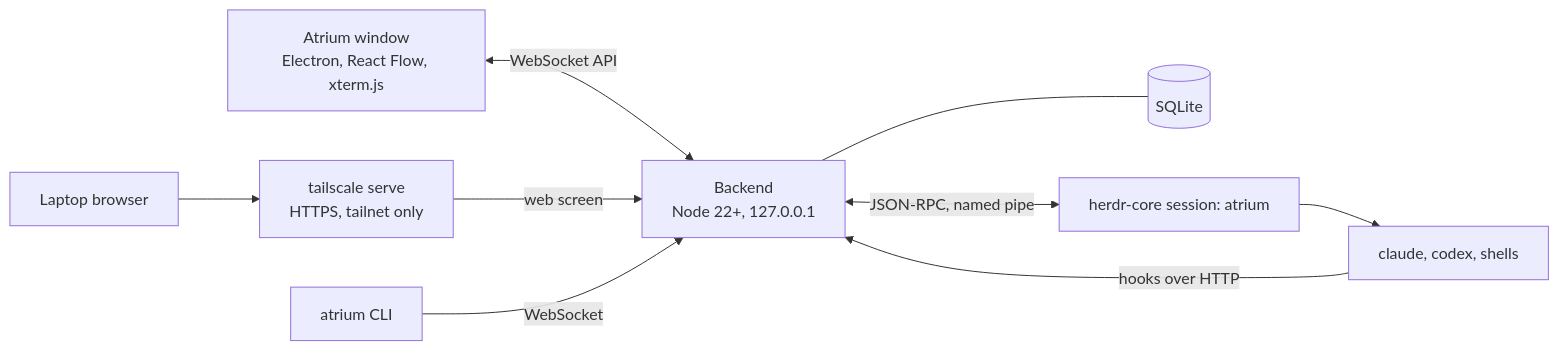
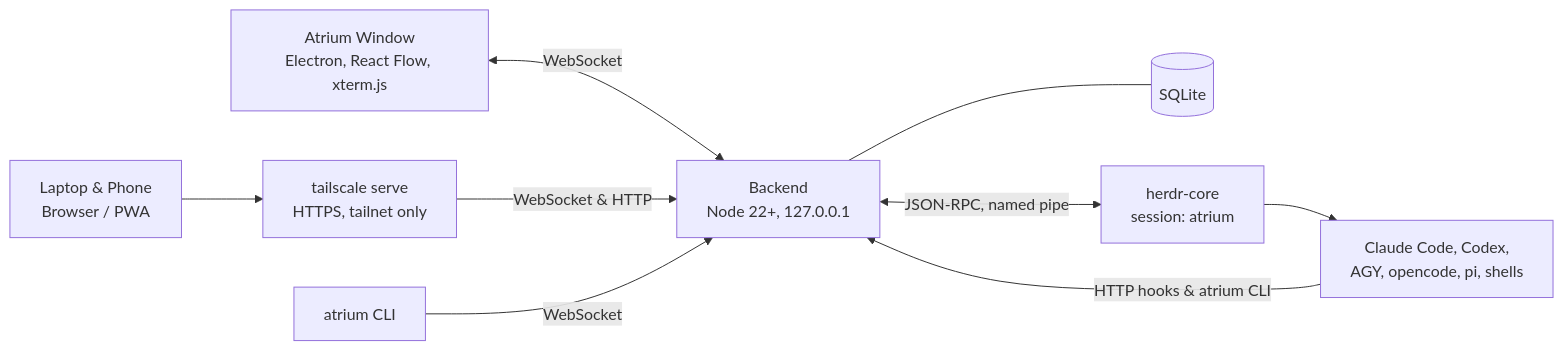
Before and after one commit to Gudals0320/atrium: the diagram in README.md, drawn with Mermaid. The commit also changed other lines of this file and 11 other files, not shown here.

````diff
--- a/README.md
+++ b/README.md
@@ -225,18 +209,18 @@
 ```mermaid
 flowchart LR
-  UI["Atrium window<br/>Electron, React Flow, xterm.js"]
-  WEB["Laptop browser"]
+  UI["Atrium Window<br/>Electron, React Flow, xterm.js"]
+  WEB["Laptop & Phone<br/>Browser / PWA"]
   TS["tailscale serve<br/>HTTPS, tailnet only"]
   CLI["atrium CLI"]
   B["Backend<br/>Node 22+, 127.0.0.1"]
   DB[("SQLite")]
-  H["herdr-core session: atrium"]
-  A["claude, codex, shells"]
-  UI <-->|WebSocket API| B
-  WEB --> TS -->|web screen| B
+  H["herdr-core<br/>session: atrium"]
+  A["Claude Code, Codex,<br/>AGY, opencode, pi, shells"]
+  UI <-->|WebSocket| B
+  WEB --> TS -->|WebSocket & HTTP| B
   CLI -->|WebSocket| B
   B <-->|JSON-RPC, named pipe| H
   H --> A
-  A -->|hooks over HTTP| B
+  A -->|HTTP hooks & atrium CLI| B
   B --- DB
 ```
````
